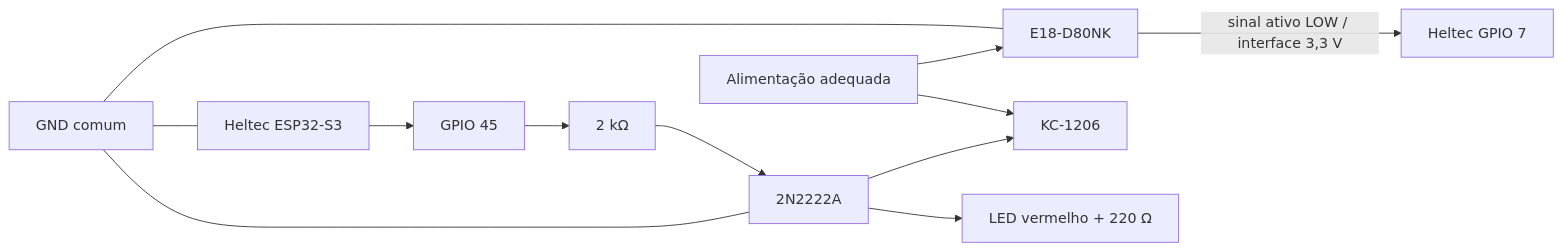
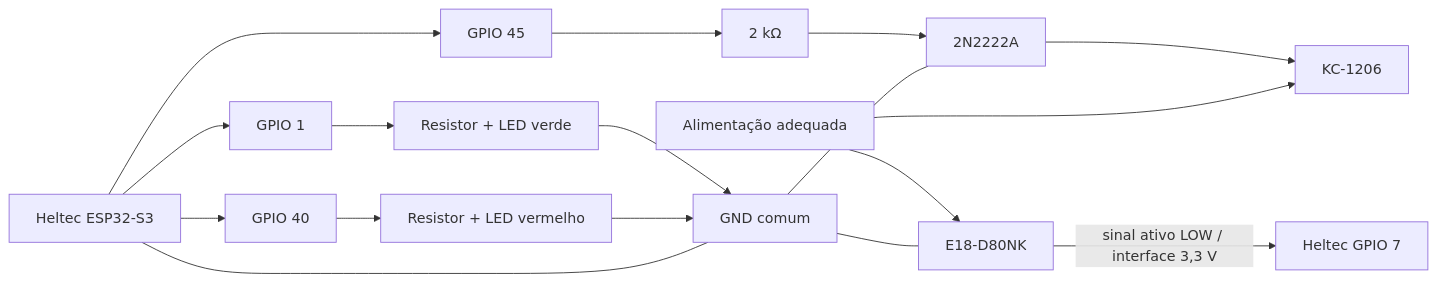
Before and after one commit to joaohenriquebitu/FlowCount: the diagram in docs/hardware.md, drawn with Mermaid. The commit also changed other lines of this file and 14 other files, not shown here.

````diff
--- a/docs/hardware.md
+++ b/docs/hardware.md
@@ -115,14 +135,19 @@
 ```mermaid
 flowchart LR
     SENSOR["E18-D80NK"] -->|sinal ativo LOW / interface 3,3 V| G7["Heltec GPIO 7"]
     HELTEC["Heltec ESP32-S3"] --> G45["GPIO 45"]
     G45 --> R2K["2 kΩ"]
     R2K --> Q1["2N2222A"]
     Q1 --> BUZ["KC-1206"]
-    Q1 --> LED["LED vermelho + 220 Ω"]
+    HELTEC --> G1["GPIO 1"]
+    G1 --> GREEN["Resistor + LED verde"]
+    HELTEC --> G40["GPIO 40"]
+    G40 --> RED["Resistor + LED vermelho"]
     SUPPLY["Alimentação adequada"] --> SENSOR
     SUPPLY --> BUZ
     GND["GND comum"] --- SENSOR
     GND --- HELTEC
     GND --- Q1
+    GREEN --> GND
+    RED --> GND
 ```
````
